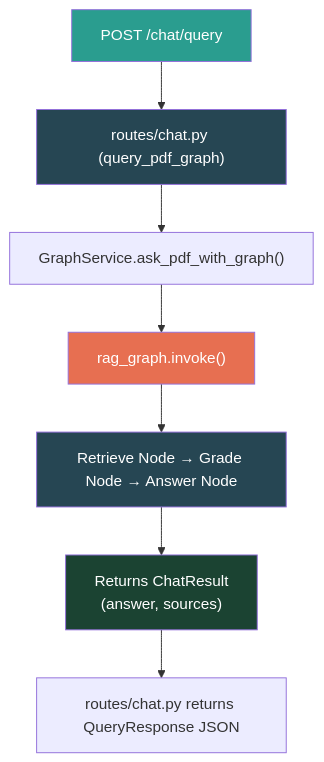
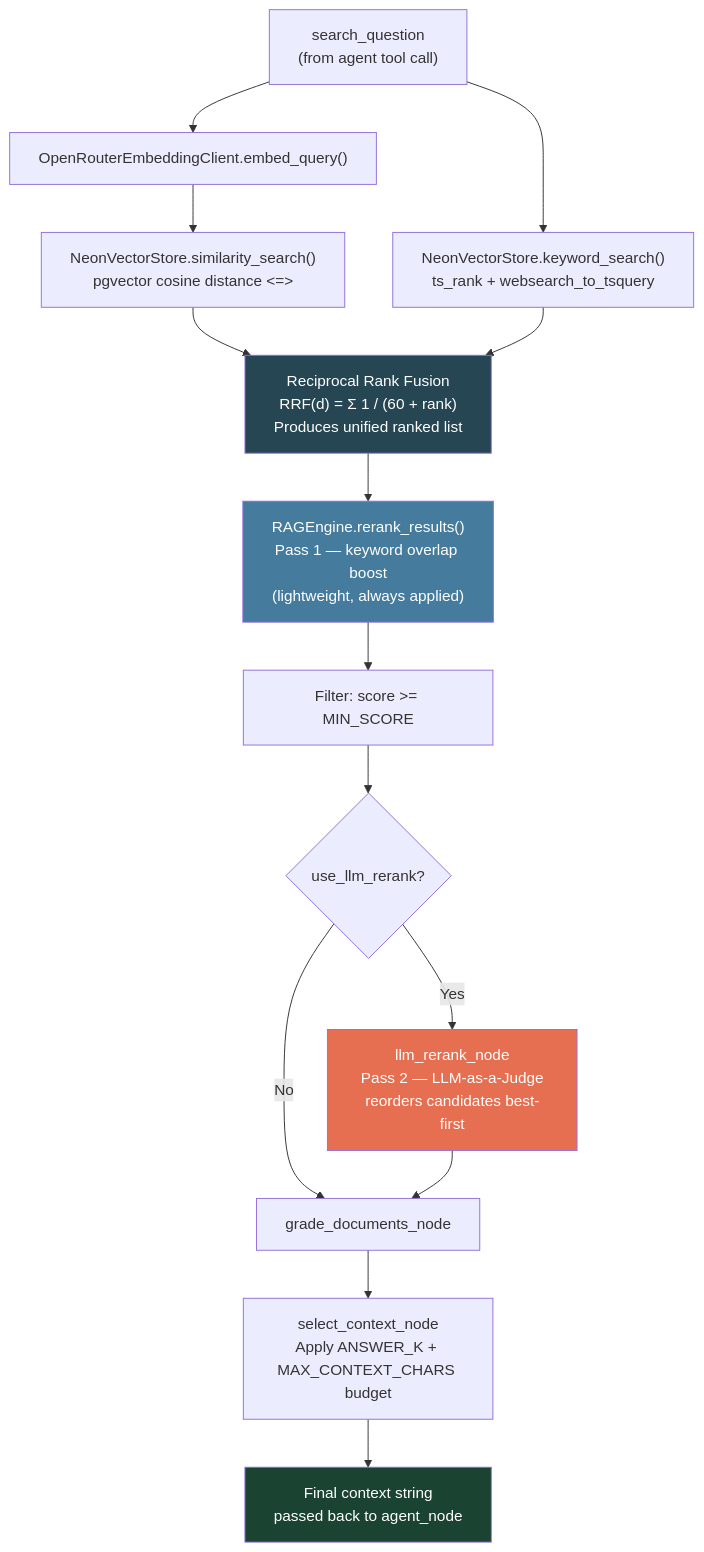
The third of 6 diagrams in docs/project_flow.md (hasnatsakil/agentic-rag-service), drawn with Mermaid before and after one commit. The commit also changed other lines of this file and 19 other files, not shown here.

````diff
--- a/docs/project_flow.md
+++ b/docs/project_flow.md
@@ -44,16 +104,26 @@
 ```mermaid
 flowchart TD
-    A["POST /chat/query"] --> B["routes/chat.py (query_pdf_graph)"]
-    B --> C["GraphService.ask_pdf_with_graph()"]
-    
-    C --> D["rag_graph.invoke()"]
-    D --> E["Retrieve Node → Grade Node → Answer Node"]
-    E --> J["Returns ChatResult\n(answer, sources)"]
-    J --> K["routes/chat.py returns QueryResponse JSON"]
+    Q["search_question\n(from agent tool call)"] --> EMB["OpenRouterEmbeddingClient.embed_query()"]
 
-    style A fill:#2a9d8f,color:#fff
-    style B fill:#264653,color:#fff
-    style D fill:#e76f51,color:#fff
-    style E fill:#264653,color:#fff
-    style J fill:#1b4332,color:#fff
+    EMB --> VS["NeonVectorStore.similarity_search()\npgvector cosine distance <=>"]
+    Q --> KS["NeonVectorStore.keyword_search()\nts_rank + websearch_to_tsquery"]
+
+    VS & KS --> RRF["Reciprocal Rank Fusion\nRRF(d) = Σ 1 / (60 + rank)\nProduces unified ranked list"]
+
+    RRF --> P1["RAGEngine.rerank_results()\nPass 1 — keyword overlap boost\n(lightweight, always applied)"]
+
+    P1 --> FILTER["Filter: score >= MIN_SCORE"]
+
+    FILTER --> OPT{"use_llm_rerank?"}
+    OPT -- Yes --> P2["llm_rerank_node\nPass 2 — LLM-as-a-Judge\nreorders candidates best-first"]
+    OPT -- No --> GRADE_IN["grade_documents_node"]
+    P2 --> GRADE_IN
+
+    GRADE_IN --> SEL["select_context_node\nApply ANSWER_K + MAX_CONTEXT_CHARS budget"]
+    SEL --> CTX["Final context string\npassed back to agent_node"]
+
+    style RRF fill:#264653,color:#fff
+    style P1 fill:#457b9d,color:#fff
+    style P2 fill:#e76f51,color:#fff
+    style CTX fill:#1b4332,color:#fff
 ```
````
